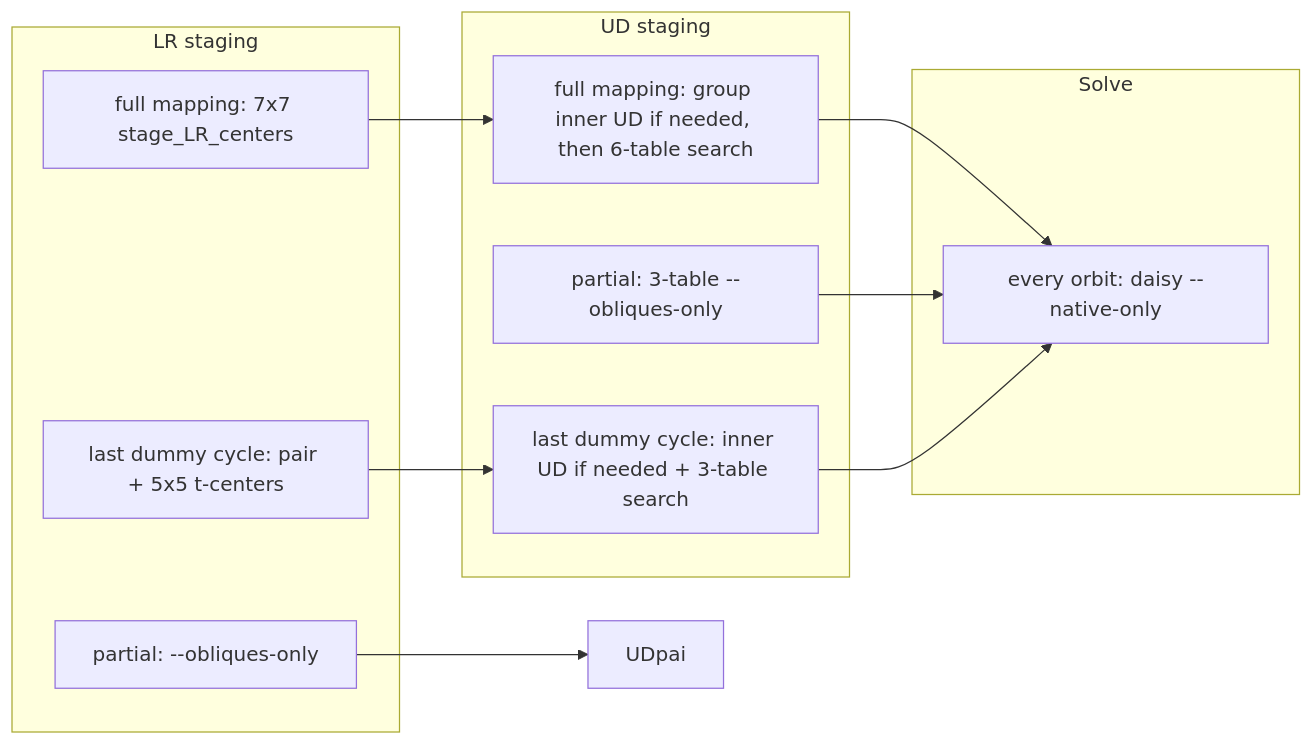
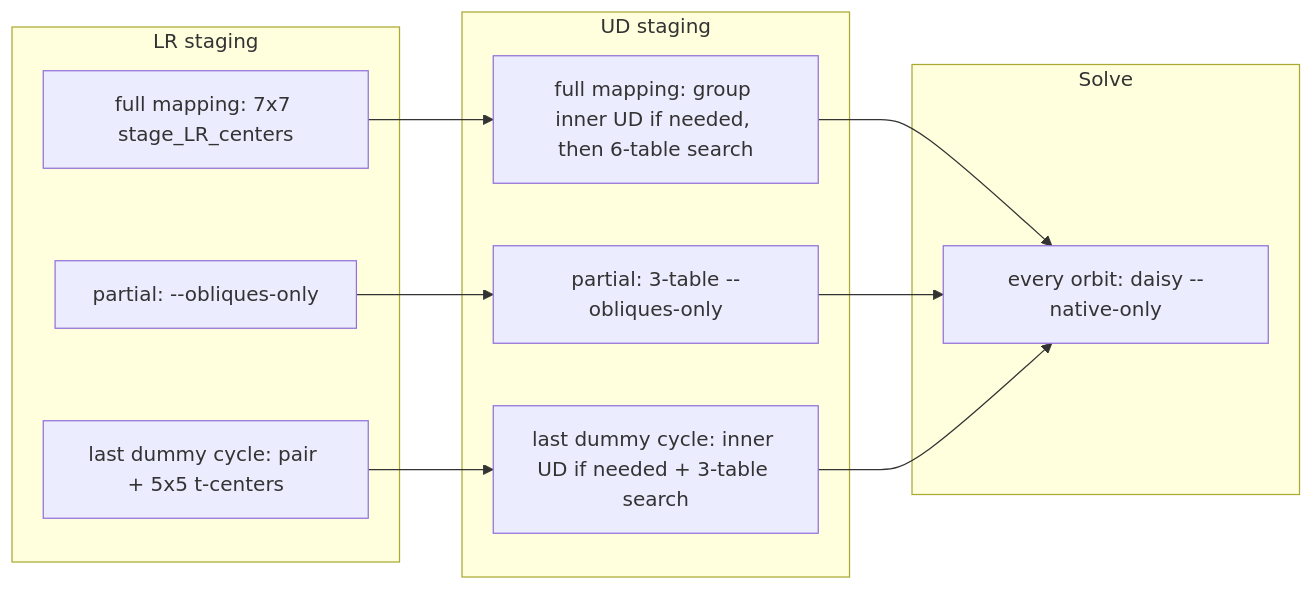
The second of 2 diagrams in AGENTS.md (dwalton76/rubiks-cube-NxNxN-solver), drawn with Mermaid before and after one commit. The commit also changed other lines of this file and 1 other file, not shown here.

````diff
--- a/AGENTS.md
+++ b/AGENTS.md
@@ -145,22 +146,22 @@
 ```mermaid
 flowchart LR
   subgraph lr [LR staging]
     LRfull["full mapping: 7x7 stage_LR_centers"]
     LRpair["partial: --obliques-only"]
     LRt["last dummy cycle: pair + 5x5 t-centers"]
   end
   subgraph ud [UD staging]
     UDfull["full mapping: group inner UD if needed, then 6-table search"]
     UDpair["partial: 3-table --obliques-only"]
     UDt["last dummy cycle: inner UD if needed + 3-table search"]
   end
   subgraph sol [Solve]
     native["every orbit: daisy --native-only"]
   end
   LRfull --> UDfull
-  LRpair --> UDpai
+  LRpair --> UDpair
   LRt --> UDt
   UDfull --> native
   UDpair --> native
   UDt --> native
 ```
````
